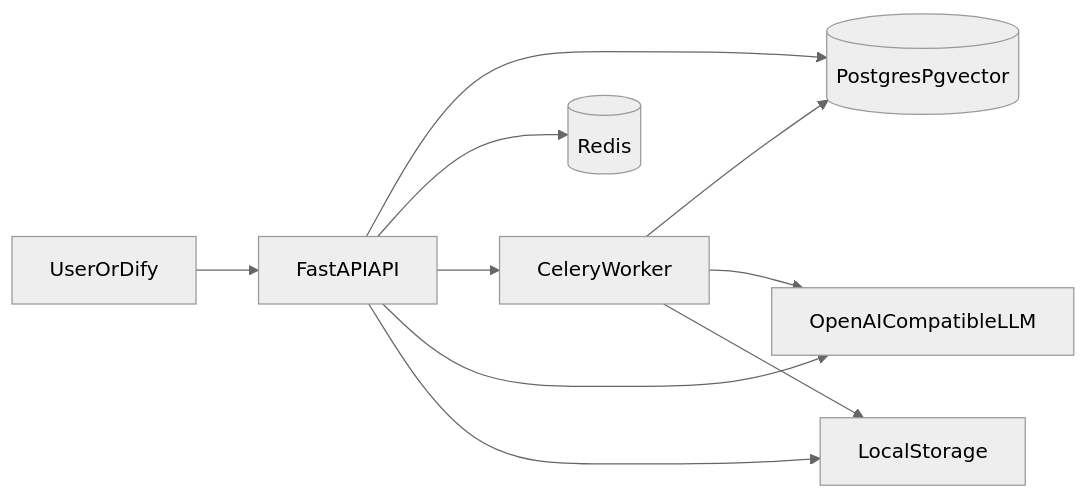
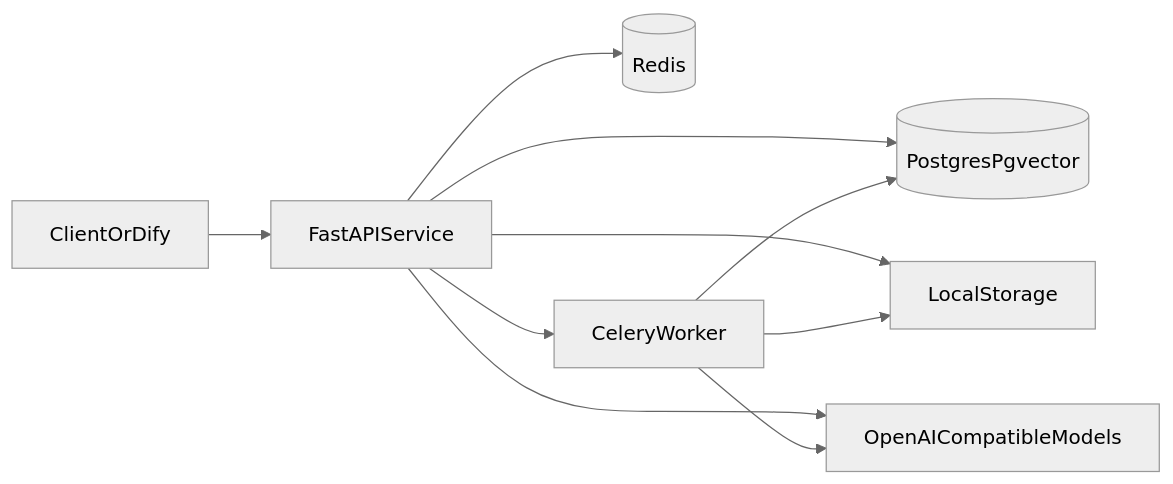
The diagram in docs/architecture.md (dominciyue/fastapi-ai-backend), drawn with Mermaid (neutral theme) before and after one commit. The commit also changed other lines of this file and 24 other files, not shown here.

````diff
--- a/docs/architecture.md
+++ b/docs/architecture.md
@@ -9,12 +16,12 @@
 ```mermaid
 flowchart LR
-  user[UserOrDify] --> api[FastAPIAPI]
+  caller[ClientOrDify] --> api[FastAPIService]
   api --> postgres[(PostgresPgvector)]
   api --> redis[(Redis)]
   api --> worker[CeleryWorker]
-  worker --> postgres
-  worker --> llm[OpenAICompatibleLLM]
-  api --> llm
+  api --> llm[OpenAICompatibleModels]
   api --> storage[LocalStorage]
   worker --> storage
+  worker --> llm
+  worker --> postgres
 ```
````
